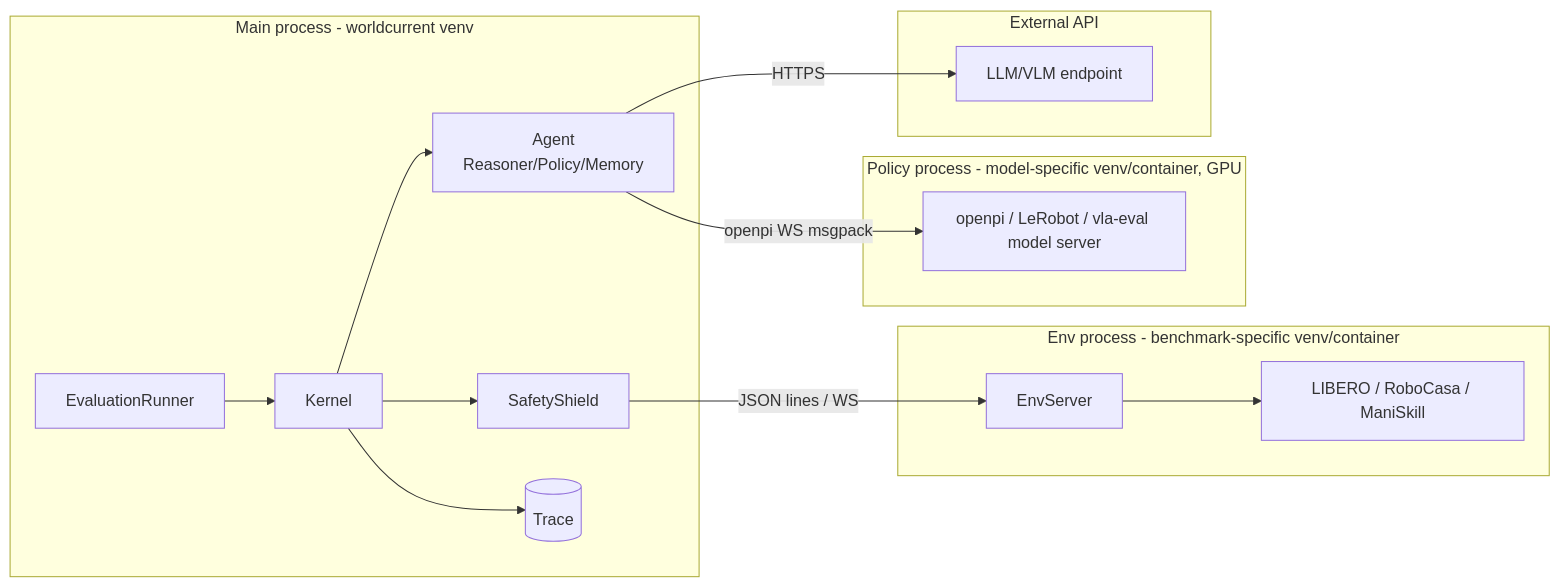
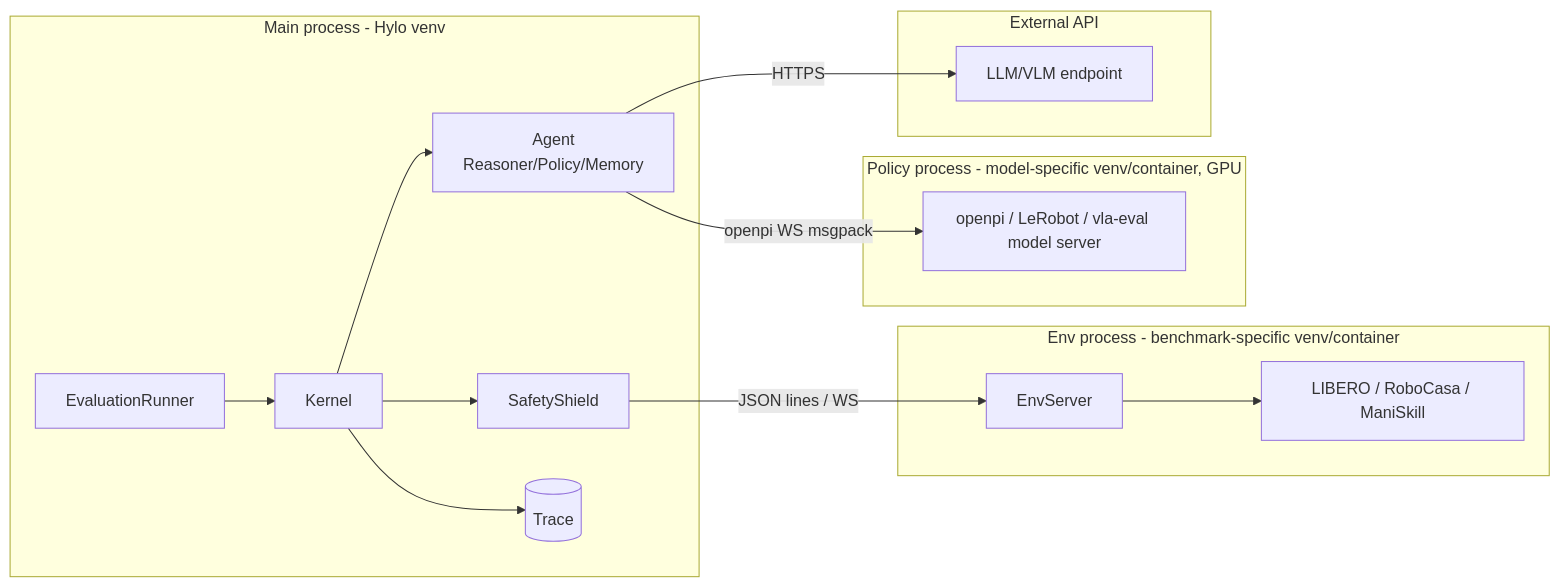
The second of 3 diagrams in docs/dependency-graph.md (HyloAI/hylo-harness), drawn with Mermaid before and after one commit. The commit also changed other lines of this file and 394 other files, not shown here.

First line of the commit message:
Rename worldcurrent to Hylo (company: Hylo AI)

````diff
--- a/docs/dependency-graph.md
+++ b/docs/dependency-graph.md
@@ -47,21 +47,21 @@
 ```mermaid
 flowchart LR
-  subgraph main[Main process - worldcurrent venv]
+  subgraph main[Main process - Hylo venv]
     RUN[EvaluationRunner] --> K[Kernel]
     K --> AG[Agent<br/>Reasoner/Policy/Memory]
     K --> SH[SafetyShield]
     K --> TR[(Trace)]
   end
   subgraph envp[Env process - benchmark-specific venv/container]
     ES[EnvServer] --> SIM[LIBERO / RoboCasa / ManiSkill]
   end
   subgraph polp[Policy process - model-specific venv/container, GPU]
     PS[openpi / LeRobot / vla-eval model server]
   end
   subgraph llm[External API]
     LLM[LLM/VLM endpoint]
   end
   SH -- JSON lines / WS --> ES
   AG -- openpi WS msgpack --> PS
   AG -- HTTPS --> LLM
 ```
````
